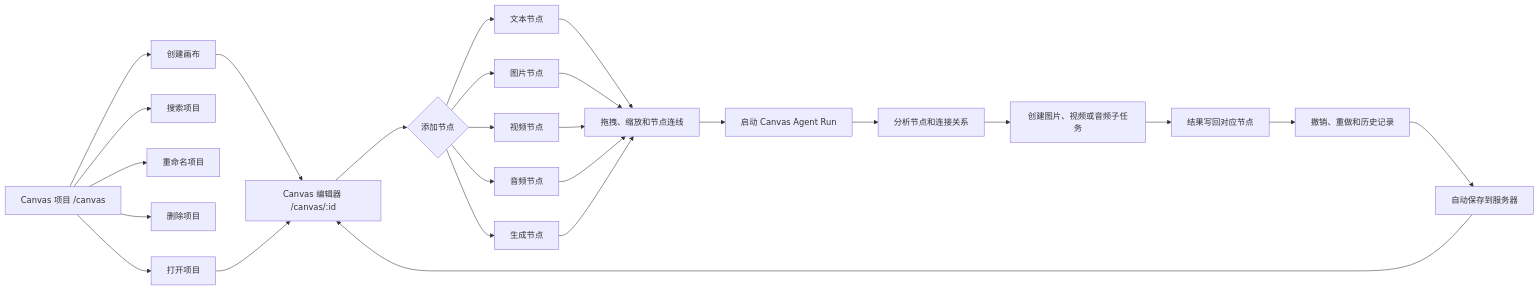
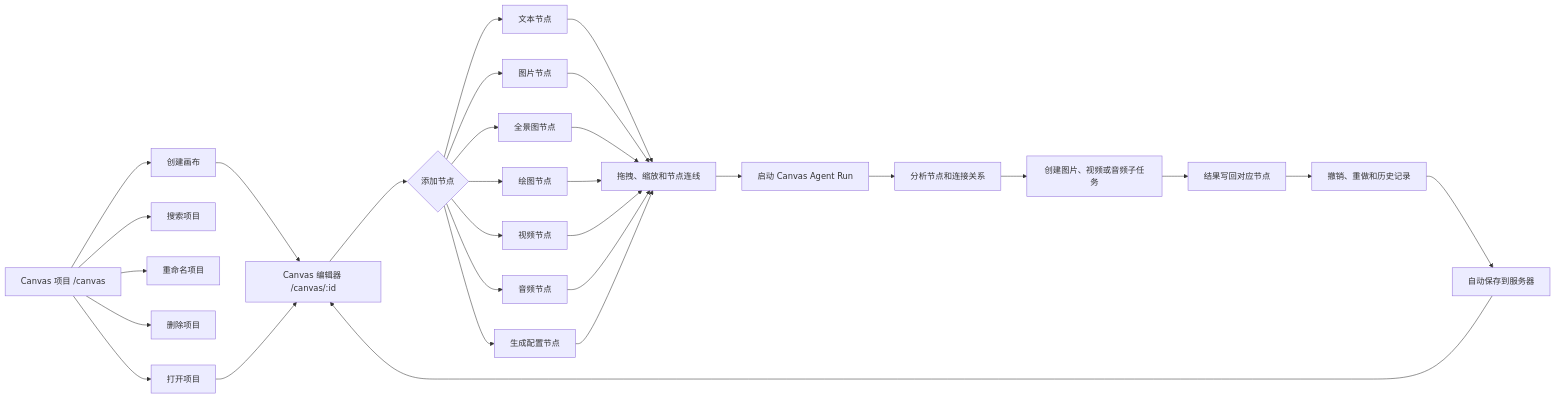
The fourth of 9 diagrams in README.md (ldq551945-del/DQ-canvas), drawn with Mermaid before and after one commit. The commit also changed other lines of this file and 254 other files, not shown here.

First line of the commit message:
feat(canvas): 智能画布 - 补齐高级图片工具与持久抠图

````diff
--- a/README.md
+++ b/README.md
@@ -159,32 +159,36 @@
 ```mermaid
 flowchart LR
     LIST["Canvas 项目 /canvas"] --> CREATE["创建画布"]
     LIST --> SEARCH["搜索项目"]
     LIST --> RENAME["重命名项目"]
     LIST --> DELETE["删除项目"]
     LIST --> OPEN["打开项目"]
 
     CREATE --> EDITOR["Canvas 编辑器 /canvas/:id"]
     OPEN --> EDITOR
 
     EDITOR --> NODE{"添加节点"}
     NODE --> TEXT["文本节点"]
     NODE --> IMAGE["图片节点"]
+    NODE --> PANORAMA["全景图节点"]
+    NODE --> DRAWING["绘图节点"]
     NODE --> VIDEO["视频节点"]
     NODE --> AUDIO["音频节点"]
-    NODE --> GENERATE["生成节点"]
+    NODE --> GENERATE["生成配置节点"]
 
     TEXT --> CONNECT["拖拽、缩放和节点连线"]
     IMAGE --> CONNECT
+    PANORAMA --> CONNECT
+    DRAWING --> CONNECT
     VIDEO --> CONNECT
     AUDIO --> CONNECT
     GENERATE --> CONNECT
 
     CONNECT --> AGENT["启动 Canvas Agent Run"]
     AGENT --> PLAN["分析节点和连接关系"]
     PLAN --> TASK["创建图片、视频或音频子任务"]
     TASK --> RESULT["结果写回对应节点"]
     RESULT --> HISTORY["撤销、重做和历史记录"]
     HISTORY --> SAVE["自动保存到服务器"]
     SAVE --> EDITOR
 ```
````
